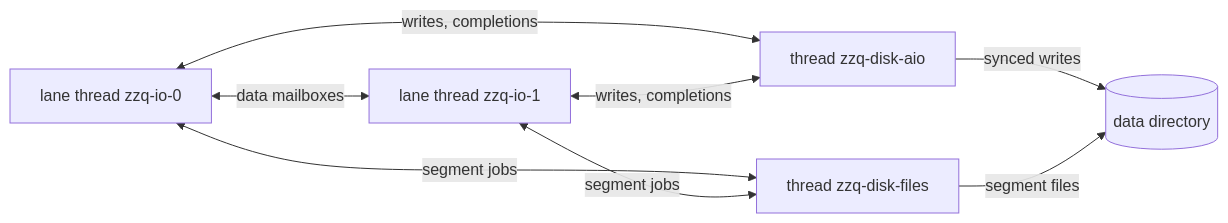
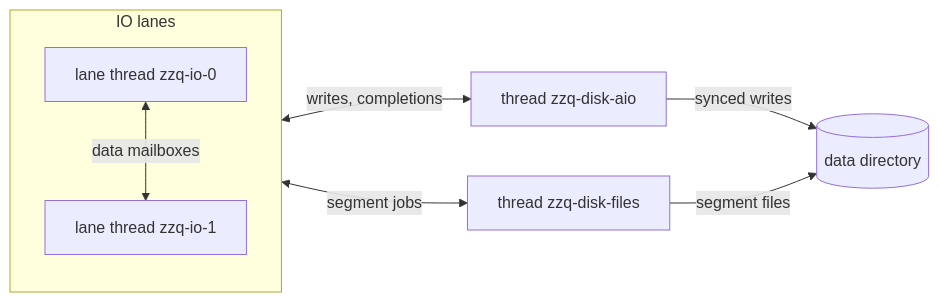
The fourth of 5 diagrams in doc/architecture.md (paddor/zzq), drawn with Mermaid before and after one commit. The commit also changed other lines of this file and 1 other file, not shown here.

Commit message:
Say what bounds a lane's data batches
A data batch holds what one lane routed for another since its last send,
at most one socket read per connection, not one read in all. The
durability diagram groups the lanes, so its edges no longer cross.

The data loop keeps its bound of 64 batches per run without a byte cap:
one cost cross-lane QoS 0 fan-in up to 25%. A comment says so.

````diff
--- a/doc/architecture.md
+++ b/doc/architecture.md
@@ -146,10 +147,11 @@
 ```mermaid
 flowchart LR
-    L0["lane thread zzq-io-0"] <-->|data mailboxes| L1["lane thread zzq-io-1"]
-    L0 <-->|writes, completions| A["thread zzq-disk-aio"]
-    L1 <-->|writes, completions| A
-    L0 <-->|segment jobs| F["thread zzq-disk-files"]
-    L1 <-->|segment jobs| F
+    subgraph lanes [IO lanes]
+        direction TB
+        L0["lane thread zzq-io-0"] <-->|data mailboxes| L1["lane thread zzq-io-1"]
+    end
+    lanes <-->|writes, completions| A["thread zzq-disk-aio"]
+    lanes <-->|segment jobs| F["thread zzq-disk-files"]
     A -->|synced writes| D[("data directory")]
     F -->|segment files| D
 ```
````
